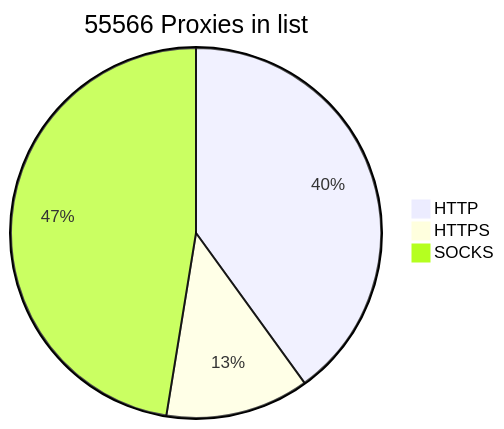
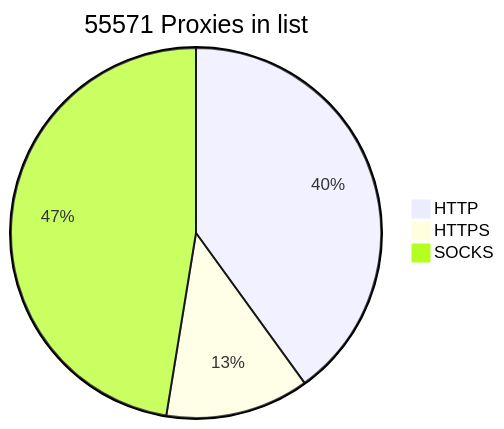
Before and after one commit to BlackSnowDot/proxylist-update-every-minute: the diagram in README.md, drawn with Mermaid.

````diff
--- a/README.md
+++ b/README.md
@@ -2,6 +2,6 @@
 ```mermaid
-pie title 55566 Proxies in list
-    "HTTP" : 24896
-    "HTTPS": 7799
+pie title 55571 Proxies in list
+    "HTTP" : 24898
+    "HTTPS": 7803
     "SOCKS" : 29503
 ```
````
